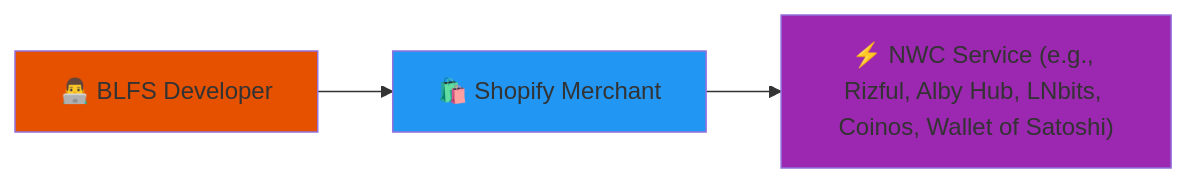
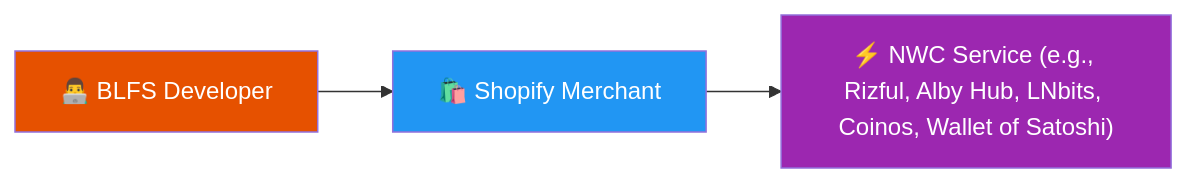
Before and after one commit to MegalithicBTC/BLFS: the first of 3 diagrams in readme.md, drawn with Mermaid. The commit also changed other lines of this file, not shown here.

````diff
--- a/readme.md
+++ b/readme.md
@@ -24,9 +24,9 @@
 ```mermaid
 graph LR
   Dev["👨‍💻 BLFS Developer"] --> Merch["🛍️ Shopify Merchant"]
   Merch --> NWC["⚡ NWC Service (e.g., Rizful, Alby Hub, LNbits, Coinos, Wallet of Satoshi)"]
   
-  style Dev fill:#e65100
-  style Merch fill:#2196f3
-  style NWC fill:#9c27b0
+  style Dev fill:#e65100,color:#fff
+  style Merch fill:#2196f3,color:#fff
+  style NWC fill:#9c27b0,color:#fff
 ```
````
